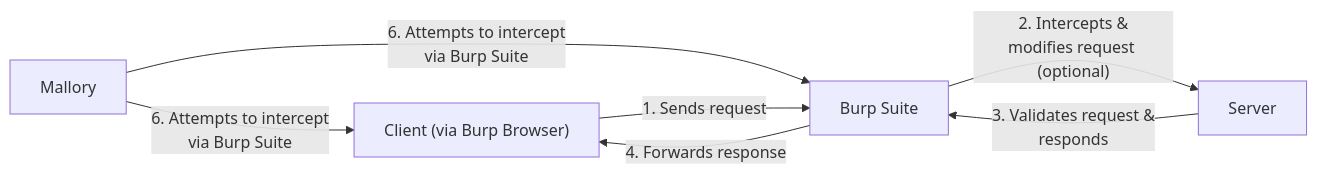
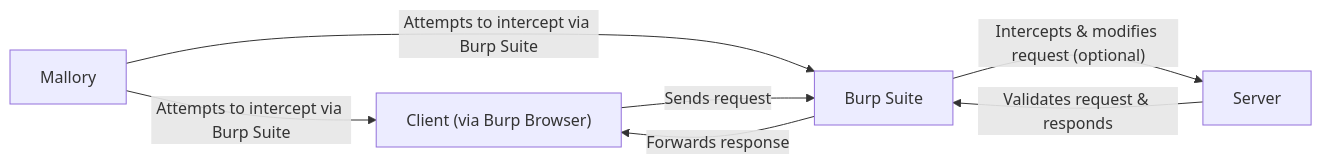
One commit to ouspg/CyberSecurityTesting101 changed the second of 2 diagrams in 5.DataInputSecurity/README.md. Above: the diagram before and after it, drawn with Mermaid. The commit also changed other lines of this file, not shown here.

````diff
--- a/5.DataInputSecurity/README.md
+++ b/5.DataInputSecurity/README.md
@@ -167,9 +173,9 @@
 ```mermaid
 graph LR
-    client["Client (via Burp Browser)"] -- "1. Sends request" --> burp[Burp Suite]
-    burp -- "2. Intercepts &\nmodifies request (optional)" --> server[Server]
-    server -- "3. Validates request &\nresponds" --> burp
-    burp -- "4. Forwards response" --> client
-    mallory[Mallory] -- "6. Attempts to intercept\nvia Burp Suite" --> burp
-    mallory -- "6. Attempts to intercept\nvia Burp Suite" --> client 
+    client["Client (via Burp Browser)"] -- "Sends request" --> burp[Burp Suite]
+    burp -- "Intercepts & modifies request (optional)" --> server[Server]
+    server -- "Validates request & responds" --> burp
+    burp -- "Forwards response" --> client
+    mallory[Mallory] -- "Attempts to intercept via Burp Suite" --> burp
+    mallory -- "Attempts to intercept via Burp Suite" --> client 
 ```
````
